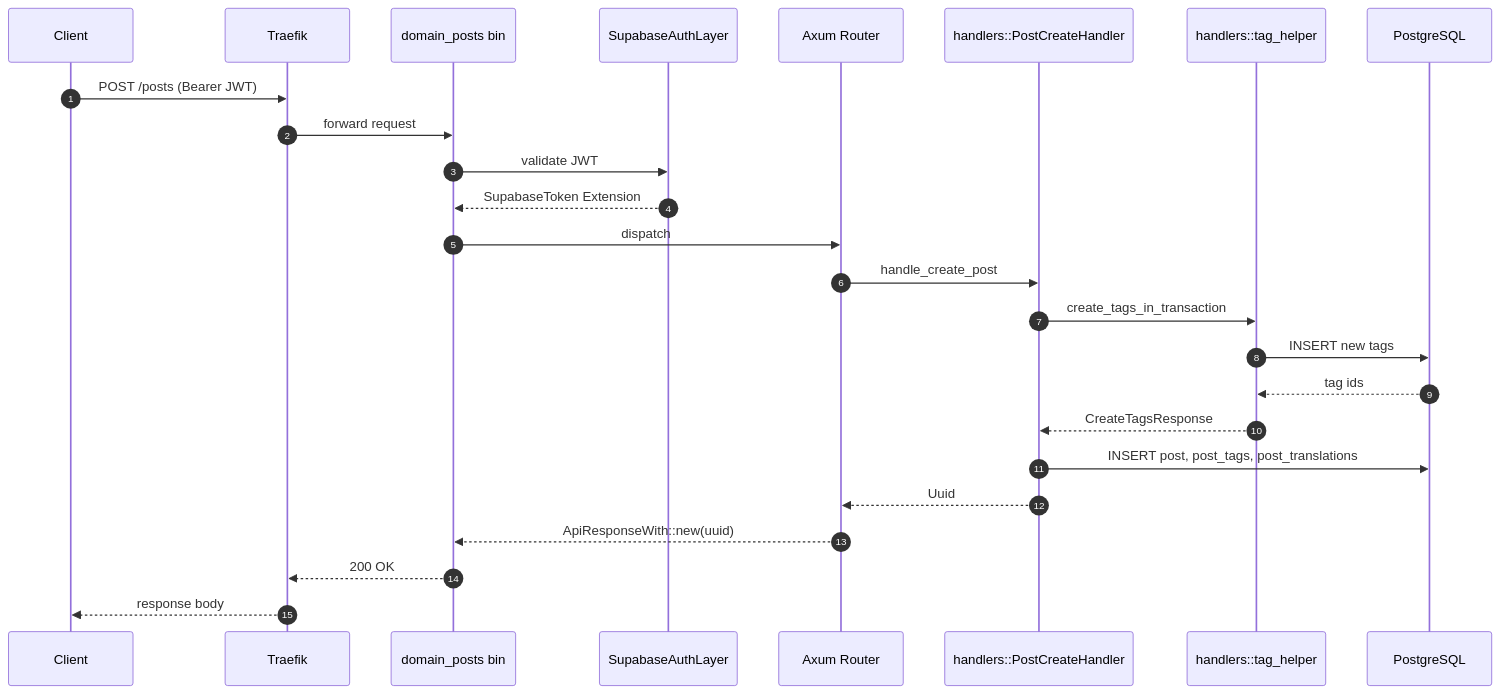
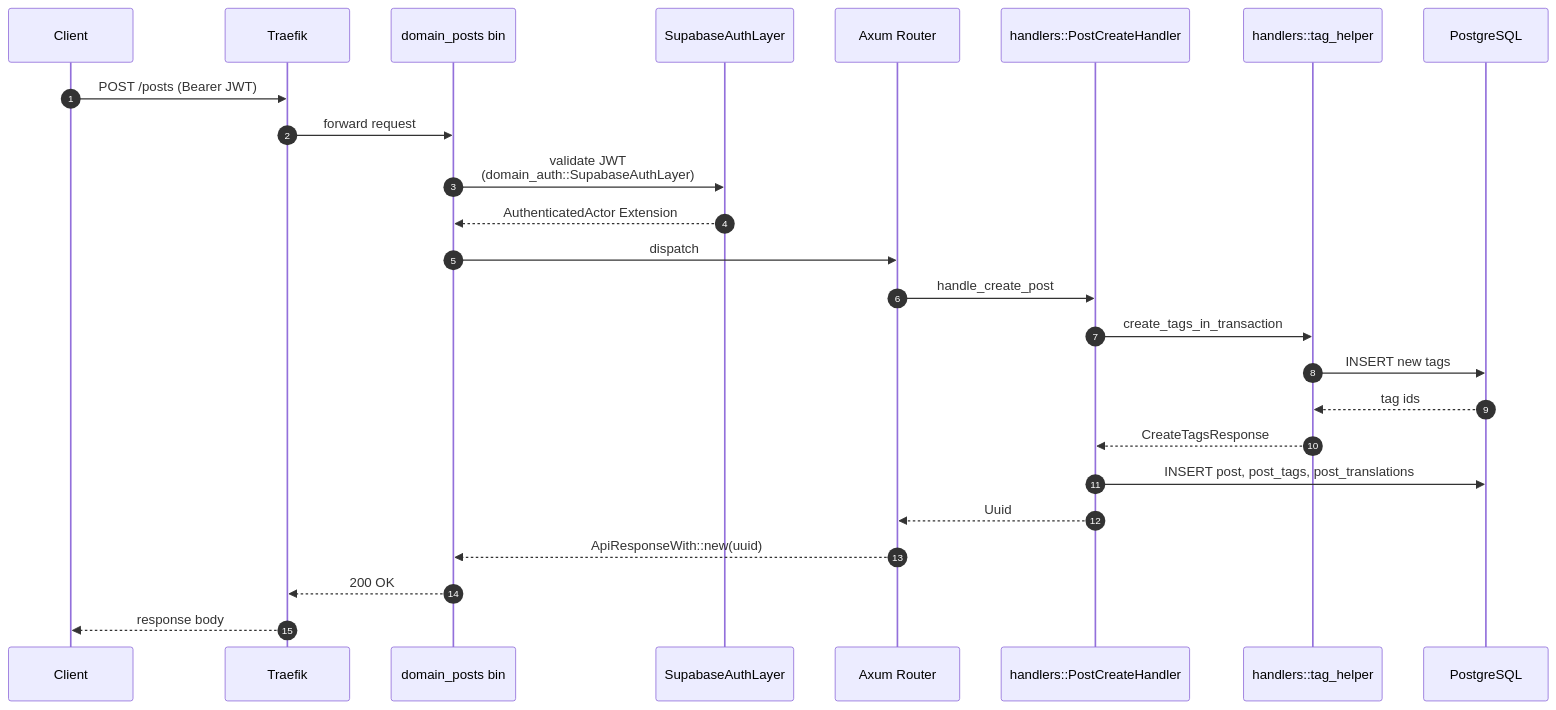
The eighth of 10 diagrams in docs/api-architecture.md (doitsu2014/my-cms), drawn with Mermaid before and after one commit. The commit also changed other lines of this file and 65 other files, not shown here.

First line of the commit message:
feat: extract authentication layer into a self-contained domain_auth crate

````diff
--- a/docs/api-architecture.md
+++ b/docs/api-architecture.md
@@ -386,28 +400,28 @@
 ```mermaid
 sequenceDiagram
     autonumber
     participant Client
     participant LB as Traefik
     participant DP as domain_posts bin
     participant Auth as SupabaseAuthLayer
     participant Router as Axum Router
     participant Handler as handlers::PostCreateHandler
     participant TagHelper as handlers::tag_helper
     participant DB as PostgreSQL
 
     Client->>LB: POST /posts (Bearer JWT)
     LB->>DP: forward request
-    DP->>Auth: validate JWT
-    Auth-->>DP: SupabaseToken Extension
+    DP->>Auth: validate JWT<br/>(domain_auth::SupabaseAuthLayer)
+    Auth-->>DP: AuthenticatedActor Extension
     DP->>Router: dispatch
     Router->>Handler: handle_create_post
     Handler->>TagHelper: create_tags_in_transaction
     TagHelper->>DB: INSERT new tags
     DB-->>TagHelper: tag ids
     TagHelper-->>Handler: CreateTagsResponse
     Handler->>DB: INSERT post, post_tags, post_translations
     Handler-->>Router: Uuid
     Router-->>DP: ApiResponseWith::new(uuid)
     DP-->>LB: 200 OK
     LB-->>Client: response body
 ```
````
